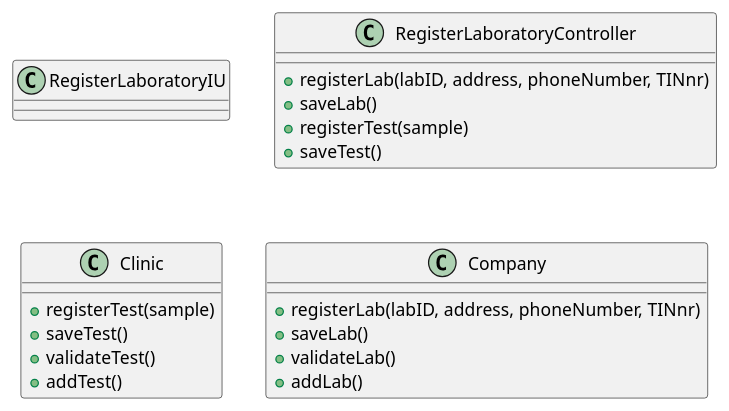
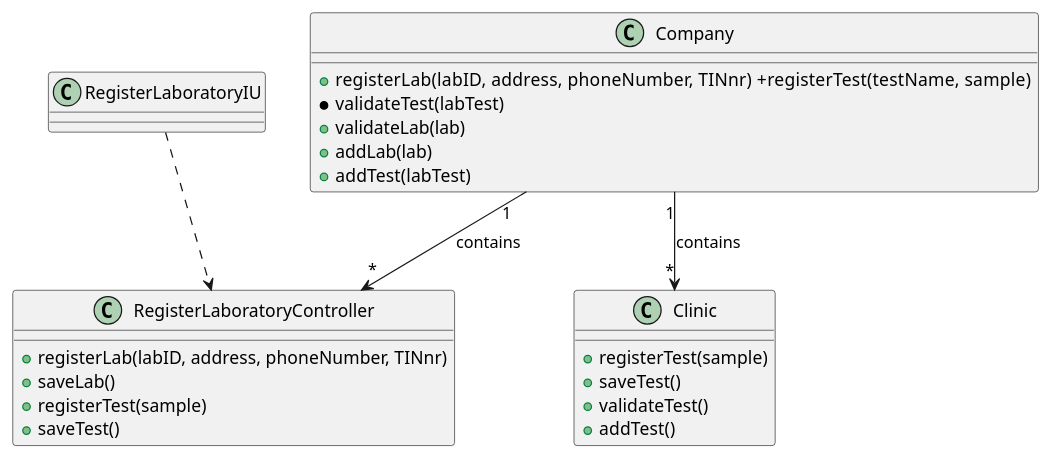
Before and after one commit to jsmarques98/LAPR2-ISEP: the diagram in docs/SprintB/US8/US8_CD.puml, drawn with PlantUML. The commit also changed 2 other files, not shown here.

```diff
--- a/docs/SprintB/US8/US8_CD.puml
+++ b/docs/SprintB/US8/US8_CD.puml
@@ -1,29 +1,35 @@
 @startuml
 
 skinparam classAtributionIconSize 0
 
 class RegisterLaboratoryIU
 
 class RegisterLaboratoryController {
     +registerLab(labID, address, phoneNumber, TINnr)
     +saveLab()
     +registerTest(sample)
     +saveTest()
 }
 
 class Clinic {
     +registerTest(sample)
     +saveTest()
     +validateTest()
     +addTest()
   }
 
 class Company {
-    +registerLab(labID, address, phoneNumber, TINnr)
-    +saveLab()
-    +validateLab()
-    +addLab()
+    +registerLab(labID, address, phoneNumber, TINnr)\
+    +registerTest(testName, sample)
+    *validateTest(labTest)
+    +validateLab(lab)
+    +addLab(lab)
+    +addTest(labTest)
 
 }
 
+RegisterLaboratoryIU ..> RegisterLaboratoryController
+Company "1" --> "*" Clinic : contains
+Company "1" --> "*" RegisterLaboratoryController : contains
+
 @enduml
```
